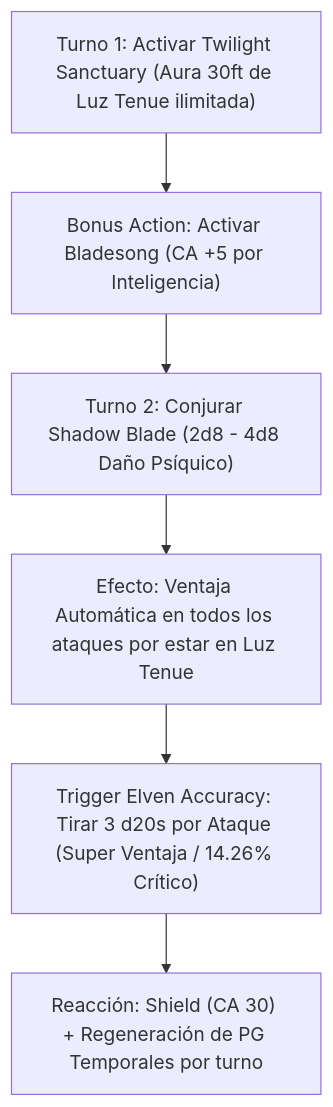
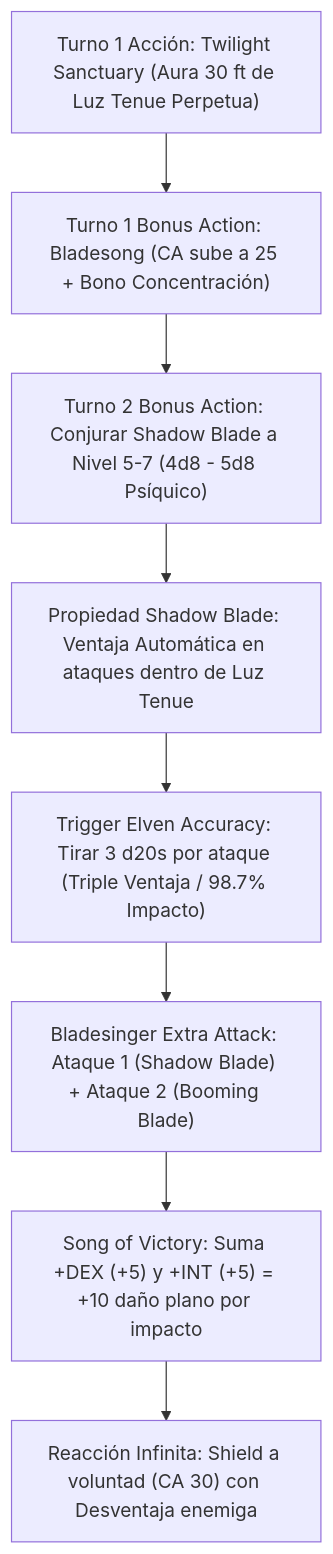
Before and after one commit to Ranko1911/DnD-Builds: the diagram in builds/the shadow mage a bladesinger wizard twilight domain cleric multiclass/character guide.md, drawn with Mermaid. The commit also changed other lines of this file and 11 other files, not shown here.

````diff
--- a/builds/the shadow mage a bladesinger wizard twilight domain cleric multiclass/character guide.md
+++ b/builds/the shadow mage a bladesinger wizard twilight domain cleric multiclass/character guide.md
@@ -55,8 +86,10 @@
 ```mermaid
 flowchart TD
-    A["Turno 1: Activar Twilight Sanctuary (Aura 30ft de Luz Tenue ilimitada)"] --> B["Bonus Action: Activar Bladesong (CA +5 por Inteligencia)"]
-    B --> C["Turno 2: Conjurar Shadow Blade (2d8 - 4d8 Daño Psíquico)"]
-    C --> D["Efecto: Ventaja Automática en todos los ataques por estar en Luz Tenue"]
-    D --> E["Trigger Elven Accuracy: Tirar 3 d20s por Ataque (Super Ventaja / 14.26% Crítico)"]
-    E --> F["Reacción: Shield (CA 30) + Regeneración de PG Temporales por turno"]
+    A["Turno 1 Acción: Twilight Sanctuary (Aura 30 ft de Luz Tenue Perpetua)"] --> B["Turno 1 Bonus Action: Bladesong (CA sube a 25 + Bono Concentración)"]
+    B --> C["Turno 2 Bonus Action: Conjurar Shadow Blade a Nivel 5-7 (4d8 - 5d8 Psíquico)"]
+    C --> D["Propiedad Shadow Blade: Ventaja Automática en ataques dentro de Luz Tenue"]
+    D --> E["Trigger Elven Accuracy: Tirar 3 d20s por ataque (Triple Ventaja / 98.7% Impacto)"]
+    E --> F["Bladesinger Extra Attack: Ataque 1 (Shadow Blade) + Ataque 2 (Booming Blade)"]
+    F --> G["Song of Victory: Suma +DEX (+5) y +INT (+5) = +10 daño plano por impacto"]
+    G --> H["Reacción Infinita: Shield a voluntad (CA 30) con Desventaja enemiga"]
 ```
````
